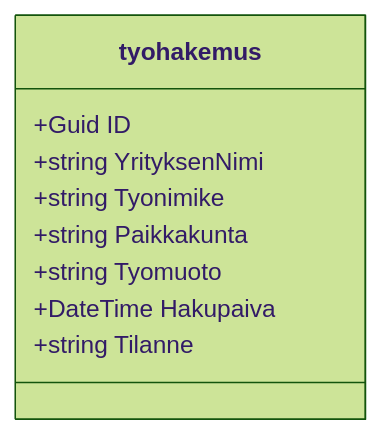
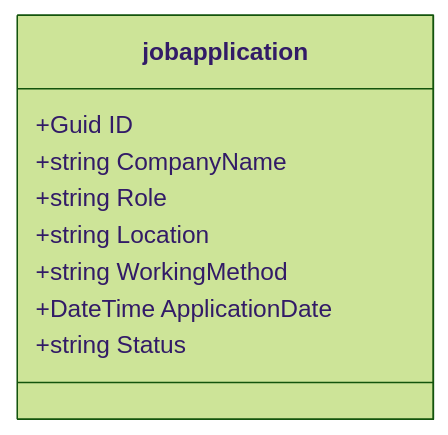
Before and after one commit to Astathiel/Job-application-tracker: the second of 2 diagrams in README.md, drawn with Mermaid (forest theme).

Commit message:
Changed classDiagram from Finnish to English

````diff
--- a/README.md
+++ b/README.md
@@ -52,13 +52,13 @@
 ```mermaid
 classDiagram
-    class tyohakemus {
+    class jobapplication {
         +Guid ID
-        +string YrityksenNimi
-        +string Tyonimike
-        +string Paikkakunta
-        +string Tyomuoto
-        +DateTime Hakupaiva
-        +string Tilanne
+        +string CompanyName
+        +string Role
+        +string Location
+        +string WorkingMethod
+        +DateTime ApplicationDate
+        +string Status
   }
 
 ```
````
